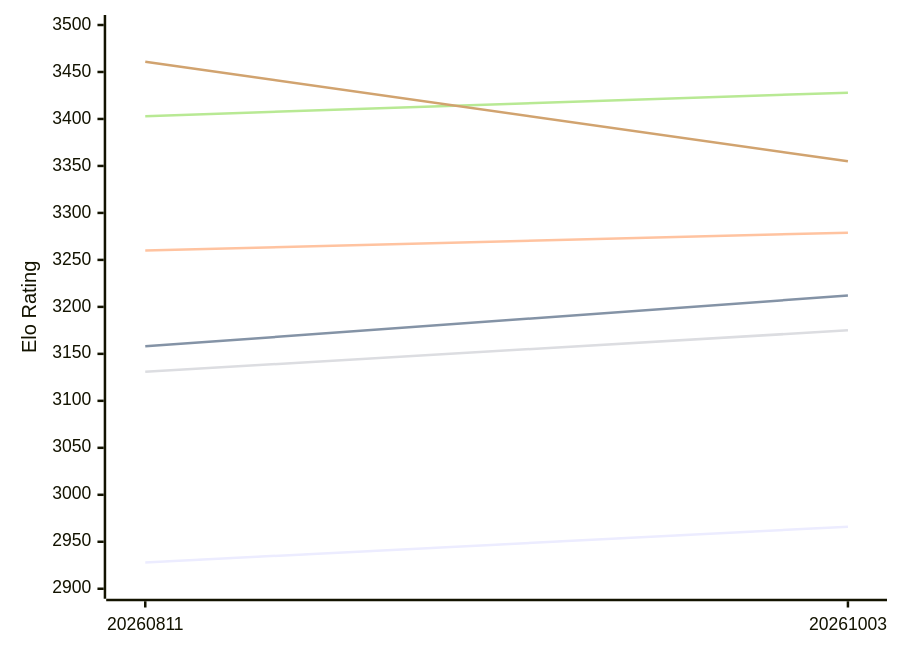
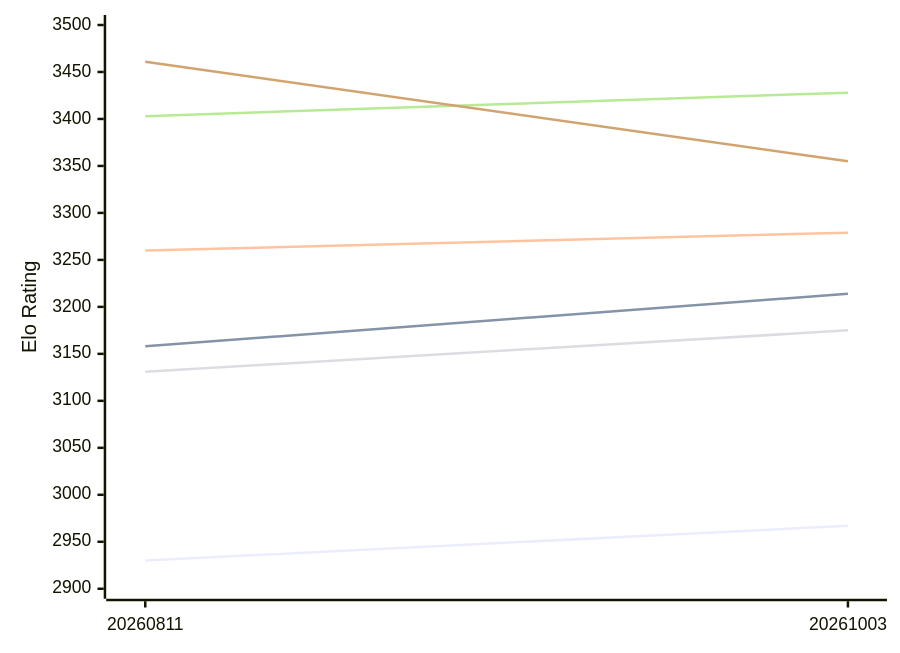
The first of 2 diagrams in engines/Askaig.md (computer-chess-index/cci), drawn with Mermaid before and after one commit. The commit also changed other lines of this file, not shown here.

````diff
--- a/engines/Askaig.md
+++ b/engines/Askaig.md
@@ -52,12 +52,12 @@
 ```mermaid
 %%{init: {"theme":"base","themeVariables":{"seriesColors:['#a3a3a3','#222221','#faa371']}}}%%
 xychart-beta
   x-axis ["20260811", "20261003"]
   y-axis "Elo Rating" 2900 --> 3500
-  line "E1: STC (8.0+0.08s)" [2928, 2966]
-  line "E1: LTC (60.0+0.60s)" [3158, 3212]
+  line "E1: STC (8.0+0.08s)" [2930, 2967]
+  line "E1: LTC (60.0+0.60s)" [3158, 3214]
   line "E1: VLTC (2m24s+1.12s)" [3260, 3279]
   line "P1: STC (8.0+0.08s)" [3131, 3175]
   line "P1: LTC (60.0+0.60s)" [3403, 3428]
   line "P1: VLTC (2m24s+1.12s)" [3461, 3355]
 ```
````
